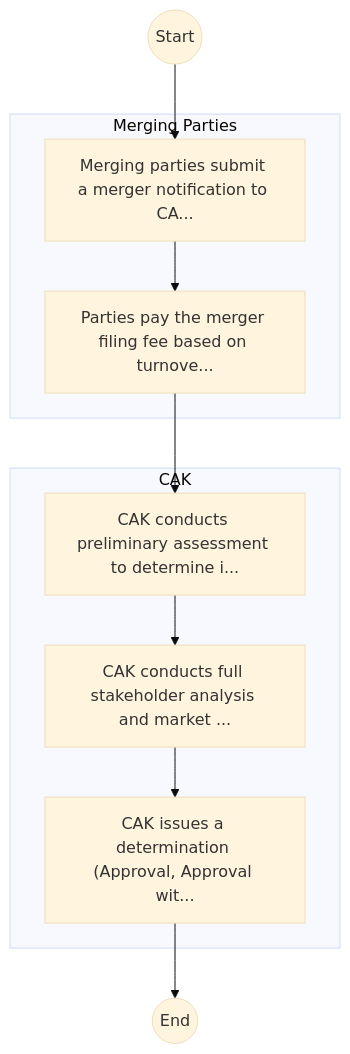
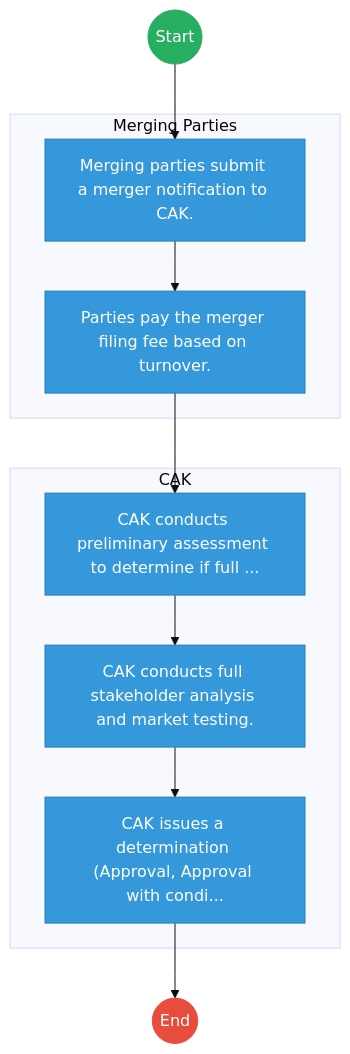
Before and after one commit to BITZ-IT-Consulting-LTD/ictapoc: the first of 2 diagrams in mdas/docs_final/Competition_Authority_of_Kenya___Service_Delivery.md, drawn with Mermaid (base theme). The commit also changed other lines of this file and 461 other files, not shown here.

````diff
--- a/mdas/docs_final/Competition_Authority_of_Kenya___Service_Delivery.md
+++ b/mdas/docs_final/Competition_Authority_of_Kenya___Service_Delivery.md
@@ -20,18 +20,29 @@
 ```mermaid
 graph TD
     Start((Start)) --> S1
-    subgraph MergingParties [Merging Parties]
-        S1["Merging parties submit a merger notification to CA..."]
-        S2["Parties pay the merger filing fee based on turnove..."]
+
+    subgraph Merging_Parties [Merging Parties]
+        S1["Merging parties submit a merger notification to CAK."]
+        S2["Parties pay the merger filing fee based on turnover."]
     end
+
     subgraph CAK [CAK]
-        S3["CAK conducts preliminary assessment to determine i..."]
-        S4["CAK conducts full stakeholder analysis and market ..."]
-        S5["CAK issues a determination (Approval, Approval wit..."]
+        S3["CAK conducts preliminary assessment to determine if full ..."]
+        S4["CAK conducts full stakeholder analysis and market testing."]
+        S5["CAK issues a determination (Approval, Approval with condi..."]
     end
     S1 --> S2
     S2 --> S3
     S3 --> S4
     S4 --> S5
     S5 --> End((End))
+
+    classDef start fill:#27ae60,stroke:#27ae60,color:#fff;
+    classDef endNode fill:#e74c3c,stroke:#e74c3c,color:#fff;
+    classDef userTask fill:#3498db,stroke:#2980b9,color:#fff;
+    classDef serviceTask fill:#9b59b6,stroke:#8e44ad,color:#fff;
+
+    class Start start;
+    class End endNode;
+    class S1,S2,S3,S4,S5 userTask;
 ```
````
